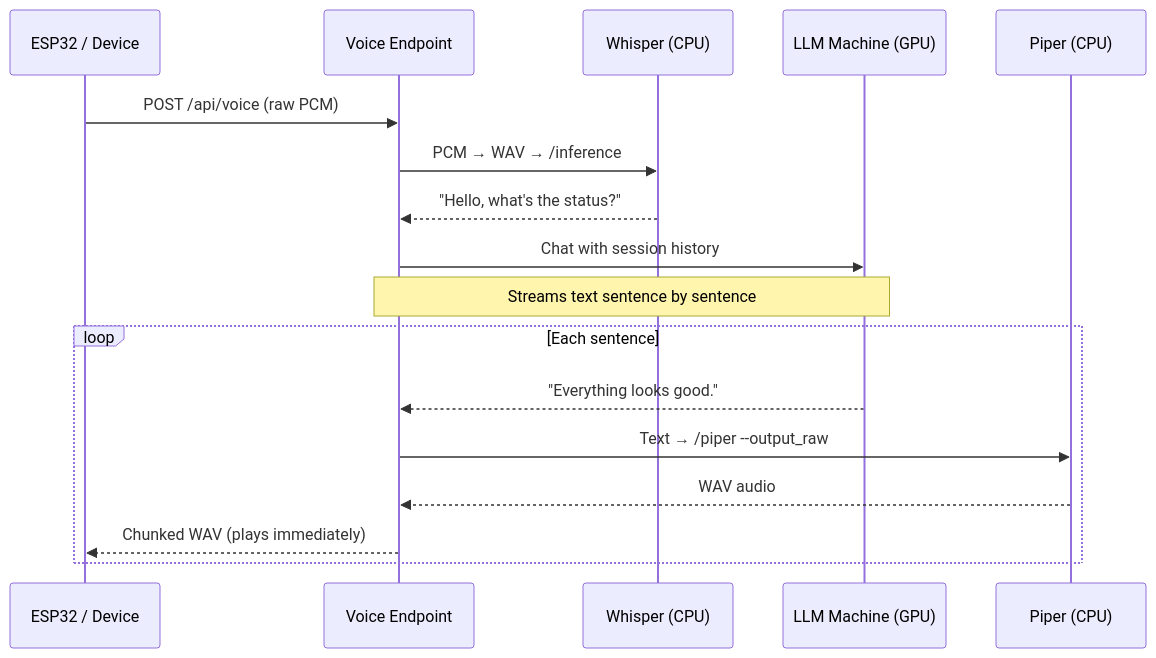
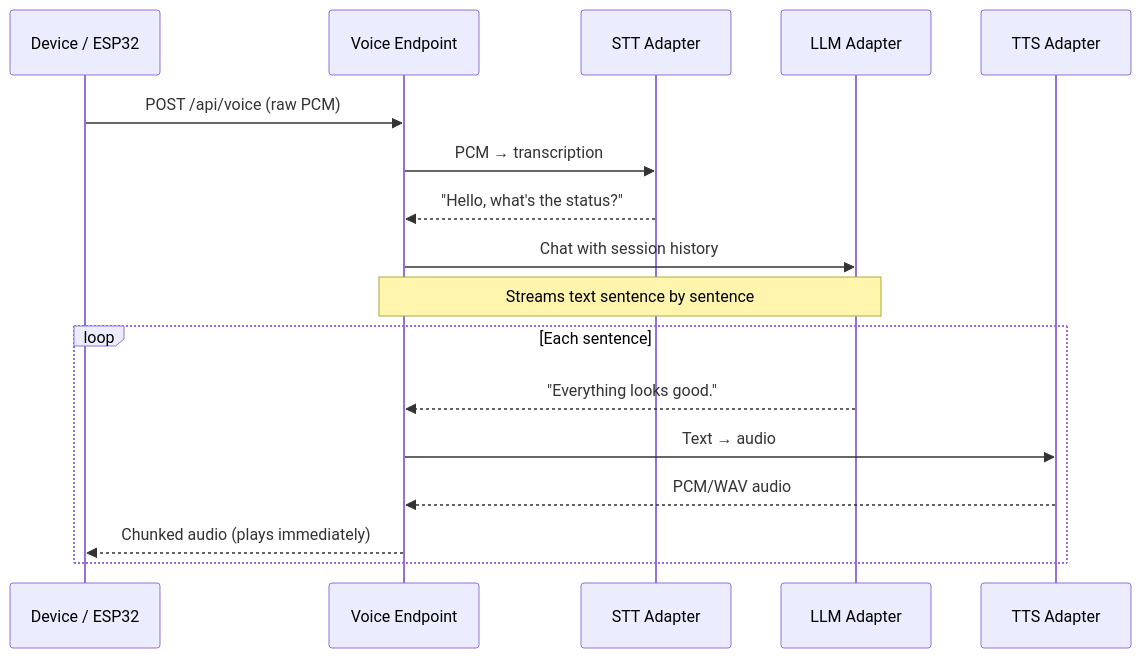
Before and after one commit to reffdev/auto-swe: the diagram in docs/architecture/06-voice-pipeline.md, drawn with Mermaid. The commit also changed other lines of this file and 18 other files, not shown here.

````diff
--- a/docs/architecture/06-voice-pipeline.md
+++ b/docs/architecture/06-voice-pipeline.md
@@ -7,22 +7,22 @@
 ```mermaid
 sequenceDiagram
-    participant ESP32 as ESP32 / Device
+    participant Device as Device / ESP32
     participant Server as Voice Endpoint
-    participant STT as Whisper (CPU)
-    participant LLM as LLM Machine (GPU)
-    participant TTS as Piper (CPU)
+    participant STT as STT Adapter
+    participant LLM as LLM Adapter
+    participant TTS as TTS Adapter
 
-    ESP32->>Server: POST /api/voice (raw PCM)
-    Server->>STT: PCM → WAV → /inference
+    Device->>Server: POST /api/voice (raw PCM)
+    Server->>STT: PCM → transcription
     STT-->>Server: "Hello, what's the status?"
 
     Server->>LLM: Chat with session history
     Note over Server,LLM: Streams text sentence by sentence
 
     loop Each sentence
         LLM-->>Server: "Everything looks good."
-        Server->>TTS: Text → /piper --output_raw
-        TTS-->>Server: WAV audio
-        Server-->>ESP32: Chunked WAV (plays immediately)
+        Server->>TTS: Text → audio
+        TTS-->>Server: PCM/WAV audio
+        Server-->>Device: Chunked audio (plays immediately)
     end
 ```
````
